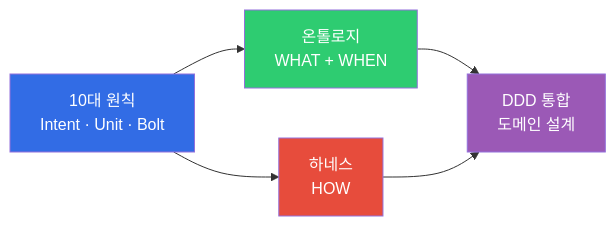
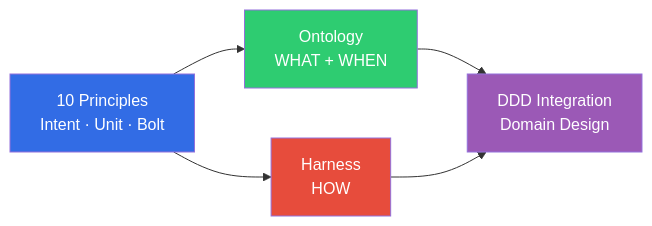
The diagram in docs/aidlc/methodology/index.md (devfloor9/engineering-playbook), drawn with Mermaid before and after one commit. The commit also changed other lines of this file and 954 other files, not shown here.

````diff
--- a/docs/aidlc/methodology/index.md
+++ b/docs/aidlc/methodology/index.md
@@ -30,12 +22,12 @@
 ```mermaid
 flowchart LR
-    P["10대 원칙<br/>Intent · Unit · Bolt"] --> O["온톨로지<br/>WHAT + WHEN"]
-    P --> H["하네스<br/>HOW"]
-    O --> D["DDD 통합<br/>도메인 설계"]
+    P["10 Principles<br/>Intent · Unit · Bolt"] --> O["Ontology<br/>WHAT + WHEN"]
+    P --> H["Harness<br/>HOW"]
+    O --> D["DDD Integration<br/>Domain Design"]
     H --> D
 
     style P fill:#326ce5,color:#fff
     style O fill:#2ecc71,color:#fff
     style H fill:#e74c3c,color:#fff
     style D fill:#9b59b6,color:#fff
 ```
````
